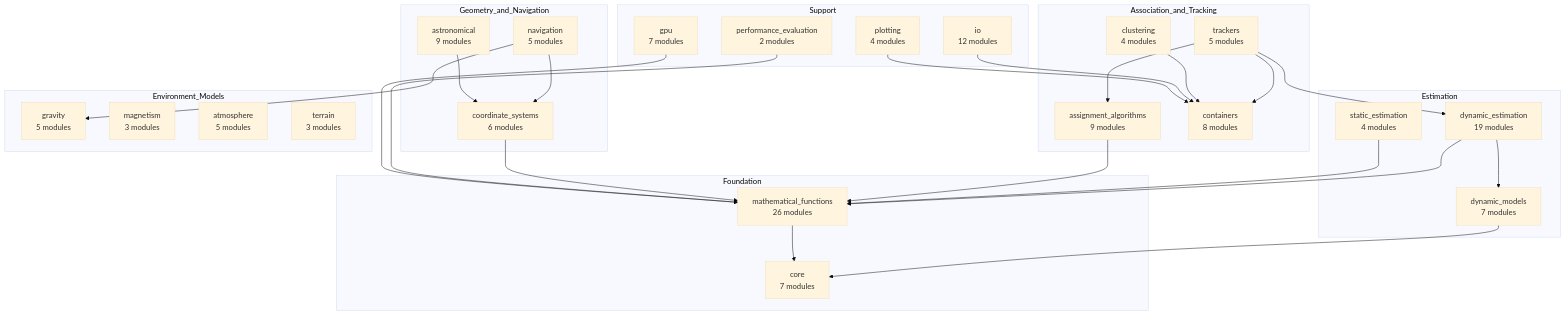
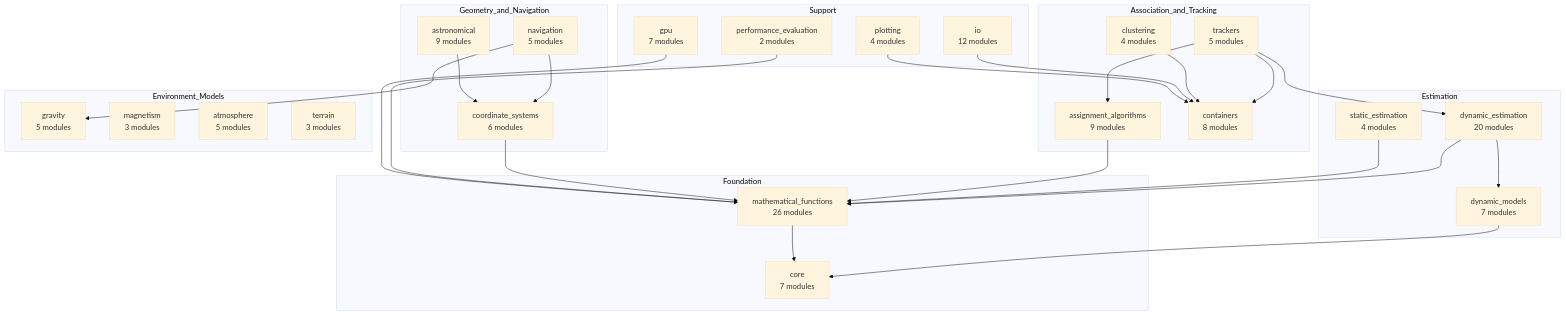
The first of 4 diagrams in docs/architecture.rst (nedonatelli/TCL), drawn with Mermaid (base theme) before and after one commit. The commit also changed other lines of this file and 19 other files, not shown here.

```diff
--- a/docs/architecture.rst
+++ b/docs/architecture.rst
@@ -26,59 +26,59 @@
 .. mermaid::
 
    graph TD
        subgraph Estimation
-           DE["dynamic_estimation<br/>19 modules"]
+           DE["dynamic_estimation<br/>20 modules"]
            DM["dynamic_models<br/>7 modules"]
            SE["static_estimation<br/>4 modules"]
        end
 
        subgraph Association_and_Tracking
            AA["assignment_algorithms<br/>9 modules"]
            TR["trackers<br/>5 modules"]
            CL["clustering<br/>4 modules"]
            CO["containers<br/>8 modules"]
        end
 
        subgraph Geometry_and_Navigation
            CS["coordinate_systems<br/>6 modules"]
            NA["navigation<br/>5 modules"]
            AS["astronomical<br/>9 modules"]
        end
 
        subgraph Environment_Models
            GR["gravity<br/>5 modules"]
            MA["magnetism<br/>3 modules"]
            AT["atmosphere<br/>5 modules"]
            TE["terrain<br/>3 modules"]
        end
 
        subgraph Foundation
            MF["mathematical_functions<br/>26 modules"]
            CR["core<br/>7 modules"]
        end
 
        subgraph Support
            IO["io<br/>12 modules"]
            GP["gpu<br/>7 modules"]
            PL["plotting<br/>4 modules"]
            PE["performance_evaluation<br/>2 modules"]
        end
 
        TR --> DE
        TR --> AA
        TR --> CO
        DE --> DM
        DE --> MF
        AA --> MF
        CL --> CO
        NA --> CS
        NA --> GR
        AS --> CS
        SE --> MF
        CS --> MF
        PE --> MF
        IO --> CO
        GP --> MF
        PL --> CO
        DM --> CR
        MF --> CR
```
